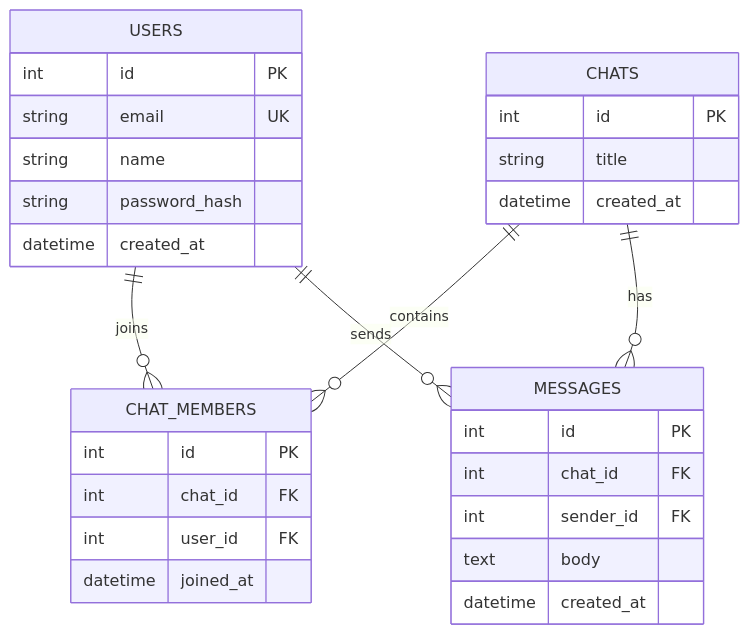
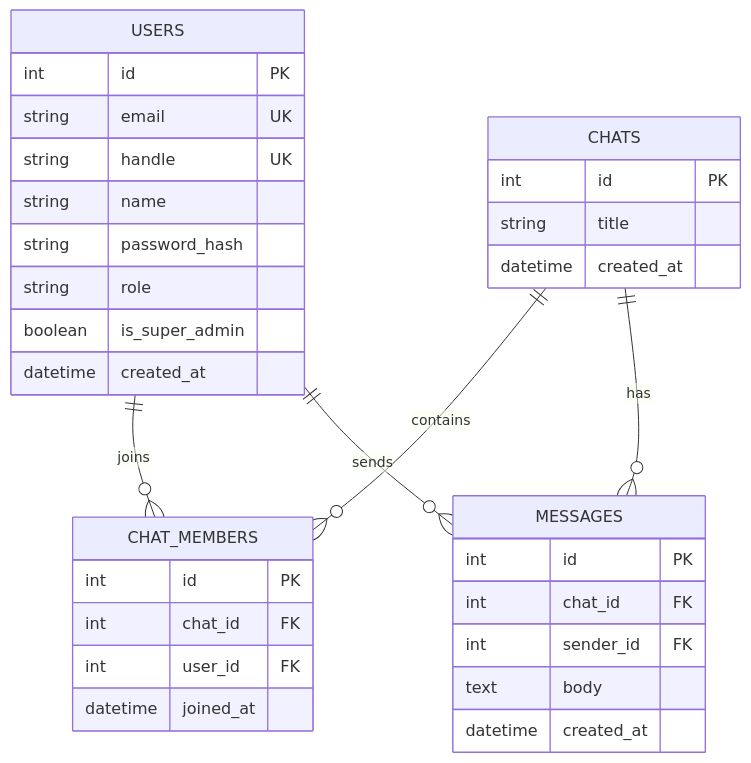
The second of 3 diagrams in README.md (aske312/project_403), drawn with Mermaid before and after one commit. The commit also changed other lines of this file and 29 other files, not shown here.

````diff
--- a/README.md
+++ b/README.md
@@ -226,36 +265,39 @@
 ```mermaid
 erDiagram
     USERS {
         int id PK
         string email UK
+        string handle UK
         string name
         string password_hash
+        string role
+        boolean is_super_admin
         datetime created_at
     }
 
     CHATS {
         int id PK
         string title
         datetime created_at
     }
 
     CHAT_MEMBERS {
         int id PK
         int chat_id FK
         int user_id FK
         datetime joined_at
     }
 
     MESSAGES {
         int id PK
         int chat_id FK
         int sender_id FK
         text body
         datetime created_at
     }
 
     USERS ||--o{ CHAT_MEMBERS : joins
     CHATS ||--o{ CHAT_MEMBERS : contains
     CHATS ||--o{ MESSAGES : has
     USERS ||--o{ MESSAGES : sends
 ```
````
